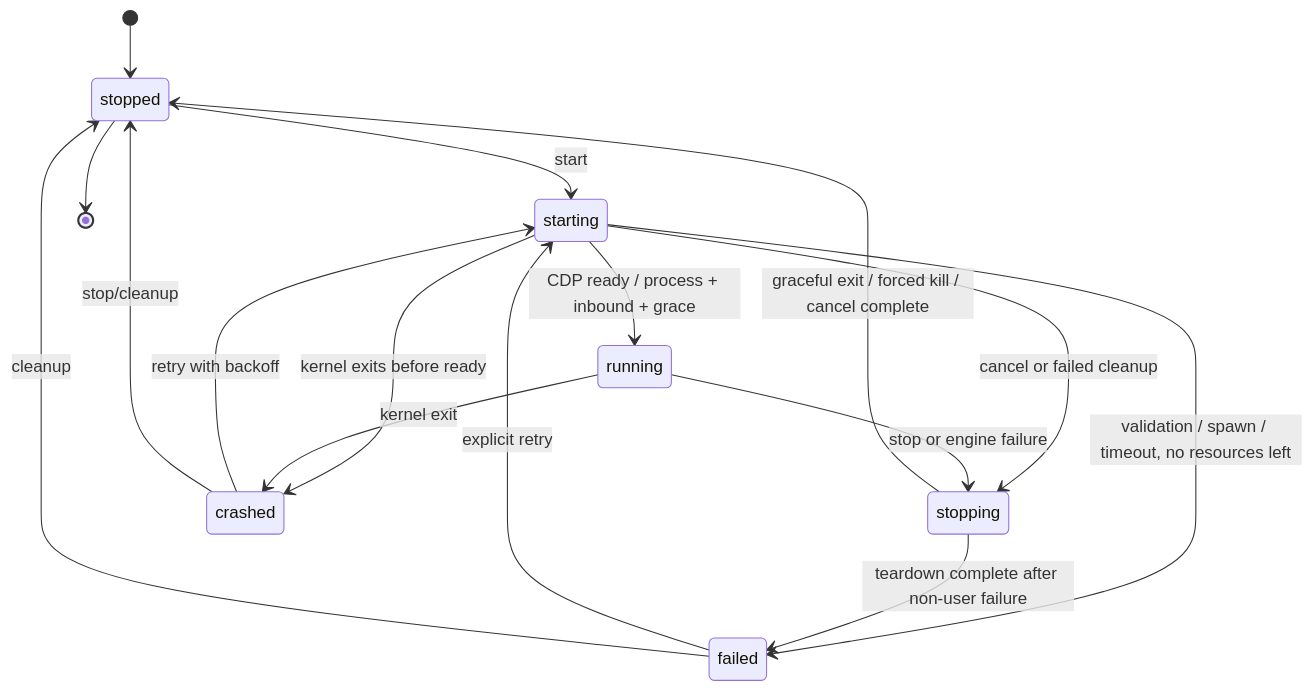
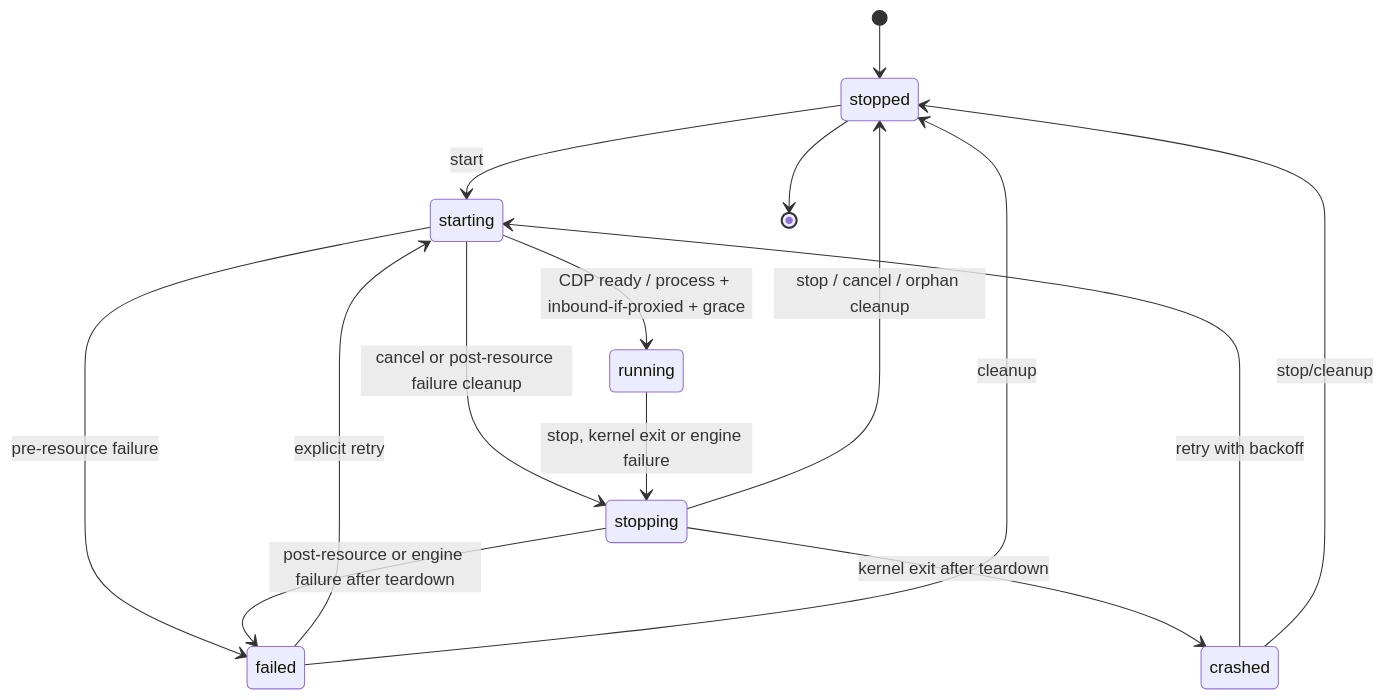
Before and after one commit to IvanLi-CN/mien: the fourth of 8 diagrams in docs/ARCHITECTURE.md, drawn with Mermaid. The commit also changed other lines of this file and 33 other files, not shown here.

````diff
--- a/docs/ARCHITECTURE.md
+++ b/docs/ARCHITECTURE.md
@@ -200,18 +200,17 @@
 ```mermaid
 stateDiagram-v2
   [*] --> stopped
   stopped --> starting: start
-  starting --> running: CDP ready / process + inbound + grace
-  starting --> stopping: cancel or failed cleanup
-  starting --> failed: validation / spawn / timeout, no resources left
-  starting --> crashed: kernel exits before ready
-  running --> stopping: stop or engine failure
-  running --> crashed: kernel exit
-  stopping --> stopped: graceful exit / forced kill / cancel complete
-  stopping --> failed: teardown complete after non-user failure
+  starting --> running: CDP ready / process + inbound-if-proxied + grace
+  starting --> stopping: cancel or post-resource failure cleanup
+  starting --> failed: pre-resource failure
+  running --> stopping: stop, kernel exit or engine failure
+  stopping --> stopped: stop / cancel / orphan cleanup
+  stopping --> failed: post-resource or engine failure after teardown
+  stopping --> crashed: kernel exit after teardown
   crashed --> starting: retry with backoff
   crashed --> stopped: stop/cleanup
   failed --> starting: explicit retry
   failed --> stopped: cleanup
   stopped --> [*]
 ```
````
